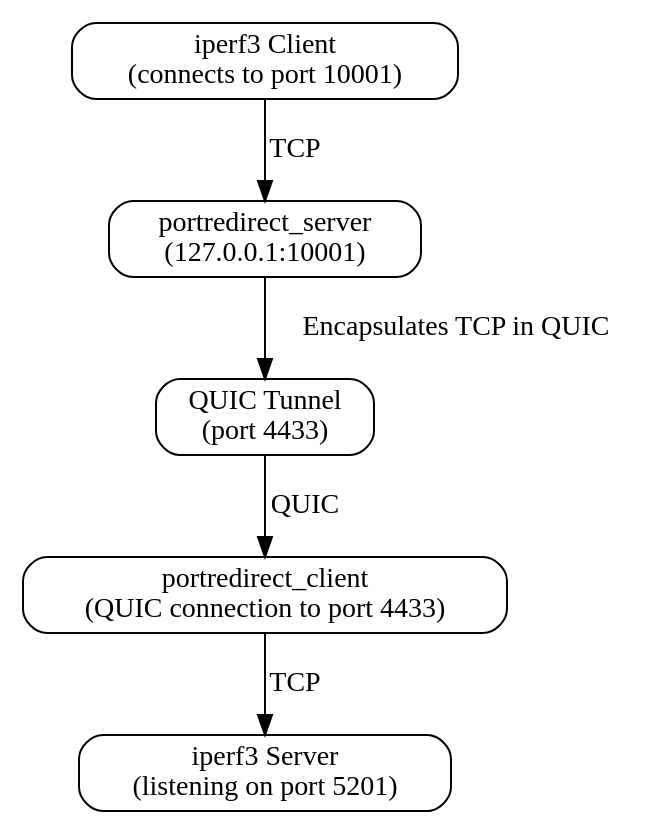
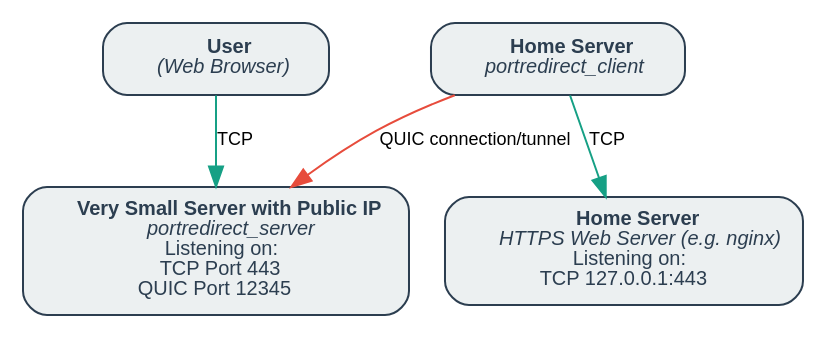
Before and after one commit to unspezifisch/portredirect: the diagram in docs/benchmark_tunneled_test.dot, drawn with Graphviz. The commit also changed 13 other files, not shown here.

Commit message:
new graphs, rewrite descriptions

```diff
--- a/docs/benchmark_tunneled_test.dot
+++ b/docs/benchmark_tunneled_test.dot
@@ -1,15 +1,37 @@
 digraph tunneled_test {
-  rankdir=TB;
-  node [shape=box, style=rounded];
+  // Global graph settings
+  graph [bgcolor=white, rankdir=TB, splines=true];
+  node  [fontname="Helvetica,Arial,sans-serif", shape=box, style="rounded,filled", fillcolor="#ecf0f1", color="#2c3e50", fontcolor="#2c3e50", fontsize=10, margin="0.2,0.1"];
+  edge  [fontname="Helvetica,Arial,sans-serif", color="#16a085", fontsize=9];
+
+  // Nodes with HTML labels for formatting
+  web_browser [label=<
+    <B>User</B><BR/>
+    <I>(Web Browser)</I>
+  >];
   
-  iperf3_client [label="iperf3 Client\n(connects to port 10001)"];
-  portredirect_server [label="portredirect_server\n(127.0.0.1:10001)"];
-  quic_tunnel [label="QUIC Tunnel\n(port 4433)"];
-  portredirect_client [label="portredirect_client\n(QUIC connection to port 4433)"];
-  iperf3_server [label="iperf3 Server\n(listening on port 5201)"];
+  portredirect_server [label=<
+    <b>Very Small Server with Public IP</b><br/>
+    <i>portredirect_server</i><br/>
+    Listening on:<br/>
+    TCP Port 443<br/>
+    QUIC Port 12345
+  >];
   
-  iperf3_client -> portredirect_server [label="TCP"];
-  portredirect_server -> quic_tunnel [label="Encapsulates TCP in QUIC"];
-  quic_tunnel -> portredirect_client [label="QUIC"];
-  portredirect_client -> iperf3_server [label="TCP"];
+  portredirect_client [label=<
+    <B>Home Server</B><BR/>
+    <i>portredirect_client</i>
+  >];
+  
+  web_server [label=<
+    <B>Home Server</B><BR/>
+    <I>HTTPS Web Server (e.g. nginx)</I><BR/>
+    Listening on:<BR/>
+    TCP 127.0.0.1:443
+  >];
+
+  // Edges
+  web_browser -> portredirect_server [label="TCP"];
+  portredirect_client -> portredirect_server [label="QUIC connection/tunnel", color="#e74c3c"];
+  portredirect_client -> web_server [label="TCP"];
 }
```
